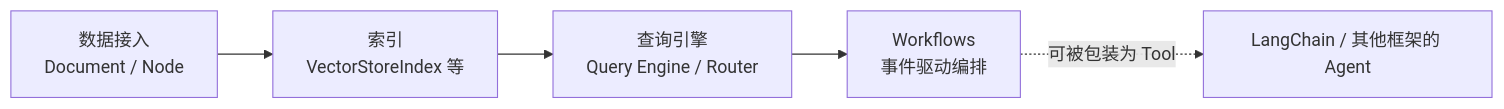
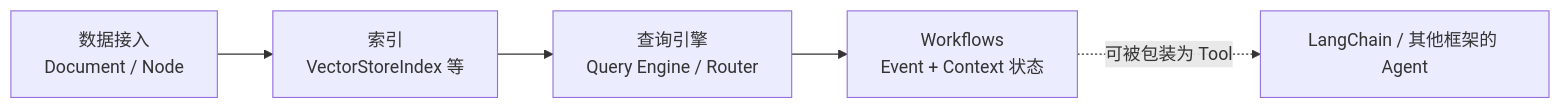
The diagram in docs/frameworks/02-llamaindex/README.md (oneleaveknowsthefall/awesome-ai-roadmap), drawn with Mermaid before and after one commit. The commit also changed other lines of this file and 61 other files, not shown here.

````diff
--- a/docs/frameworks/02-llamaindex/README.md
+++ b/docs/frameworks/02-llamaindex/README.md
@@ -12,7 +18,7 @@
 ```mermaid
 flowchart LR
     A[数据接入<br/>Document / Node] --> B[索引<br/>VectorStoreIndex 等]
     B --> C[查询引擎<br/>Query Engine / Router]
-    C --> D[Workflows<br/>事件驱动编排]
+    C --> D[Workflows<br/>Event + Context 状态]
     D -.可被包装为 Tool.-> E[LangChain / 其他框架的 Agent]
 ```
````
